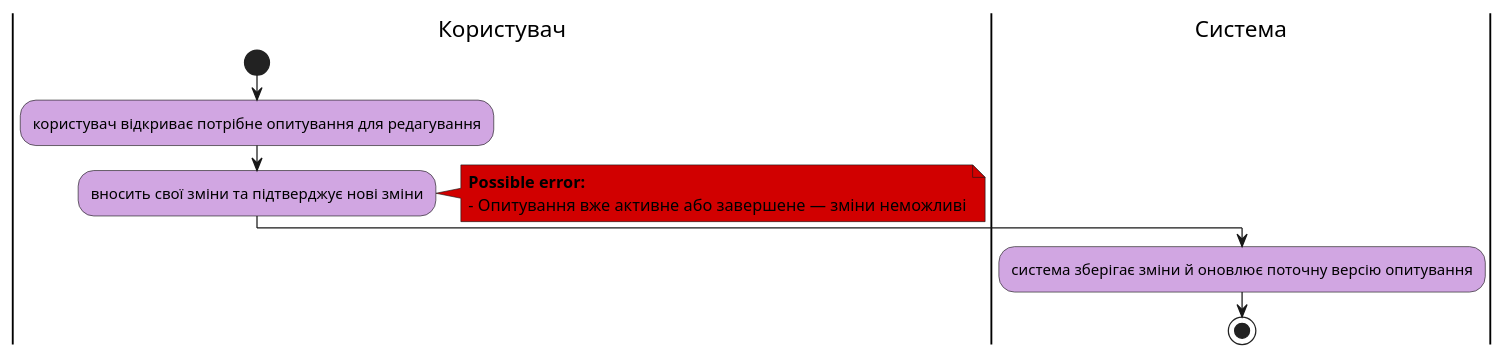
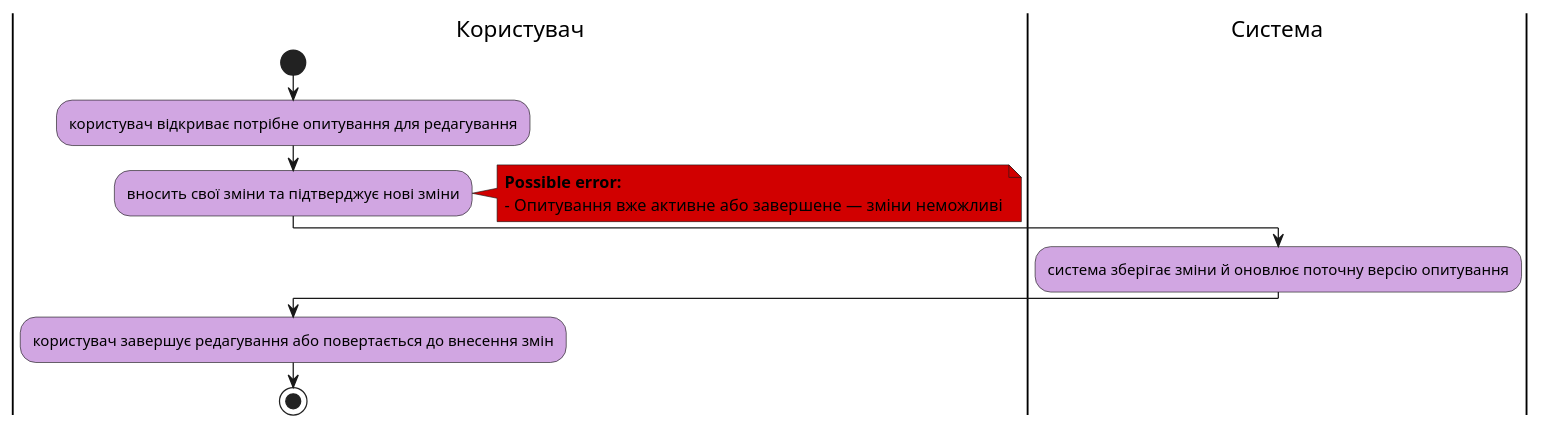
One commit to sunnytea0/db_labs_my changed the third of 8 diagrams in docs/use cases/README.md. Above: the diagram before and after it, drawn with PlantUML. The commit also changed other lines of this file and 1 other file, not shown here.

```diff
--- a/docs/use cases/README.md
+++ b/docs/use cases/README.md
@@ -103,20 +103,22 @@
 @startuml
 
 skinparam ActivityBackgroundColor #d1a6e2
 
     |Користувач|
     start;
     :користувач відкриває потрібне опитування для редагування;
     :вносить свої зміни та підтверджує нові зміни;
     note right #D10000
     <b>Possible error:
     - Опитування вже активне або завершене — зміни неможливі
     end note
 
     |Система|
     :система зберігає зміни й оновлює поточну версію опитування;
 
+    |Користувач|
+    :користувач завершує редагування або повертається до внесення змін;
 
     stop;
 
 @enduml
```
